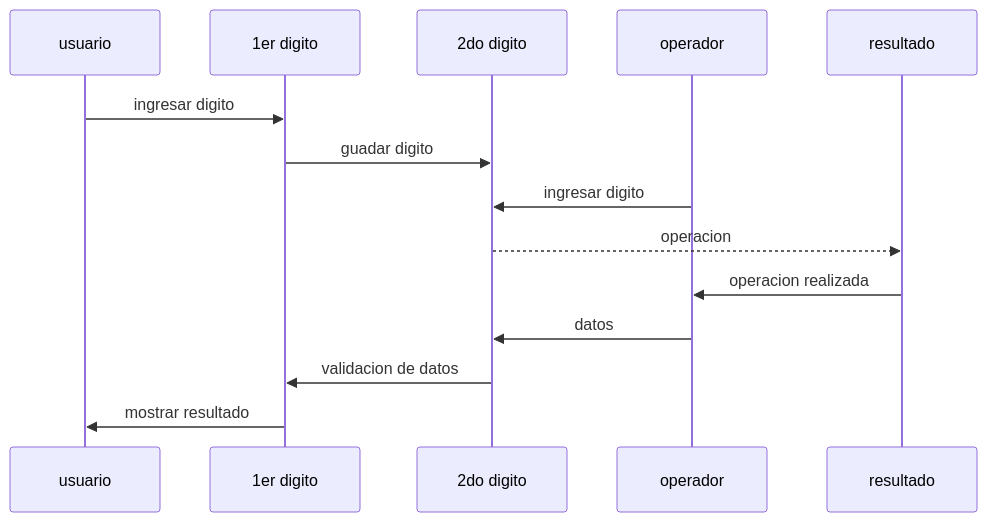
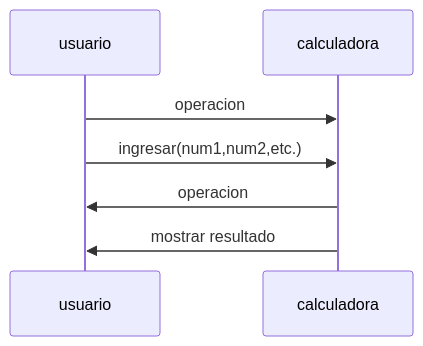
The diagram in README.md (PaolaVPV/diagrama), drawn with Mermaid before and after one commit.

````diff
--- a/README.md
+++ b/README.md
@@ -3,11 +3,9 @@
 ```mermaid
 sequenceDiagram
-    usuario->>1er digito: ingresar digito
-    1er digito->>2do digito: guadar digito
-    operador->>2do digito: ingresar digito
-    2do digito-->>resultado: operacion
-    resultado->>operador: operacion realizada
-    operador->>2do digito: datos
-    2do digito->>1er digito: validacion de datos
-    1er digito->>usuario: mostrar resultado 
+    usuario->>calculadora:operacion
+    usuario->>calculadora:ingresar(num1,num2,etc.)
+    calculadora->>usuario:operacion
+    calculadora->>usuario:mostrar resultado
+    
+    
 ```
````
